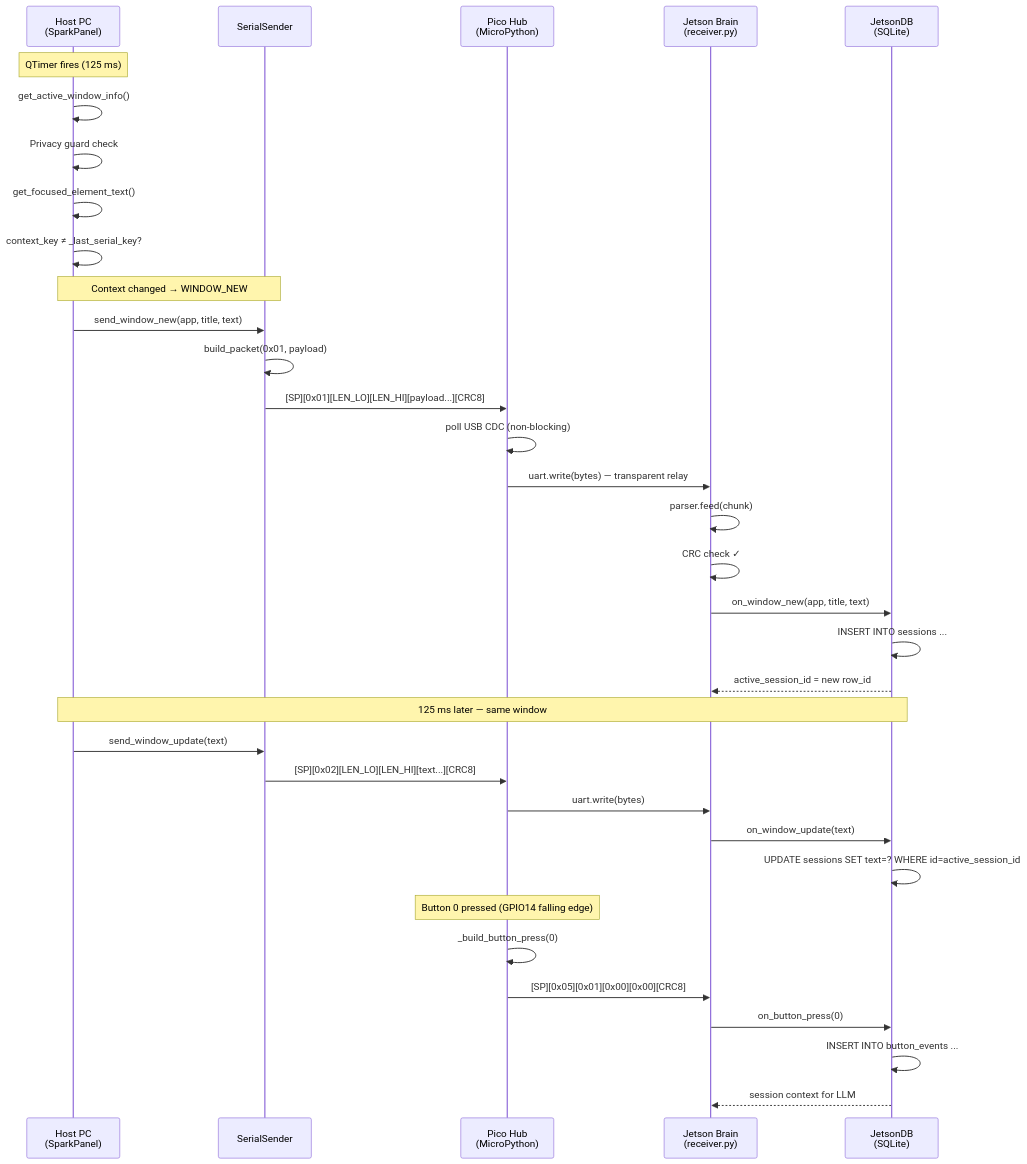
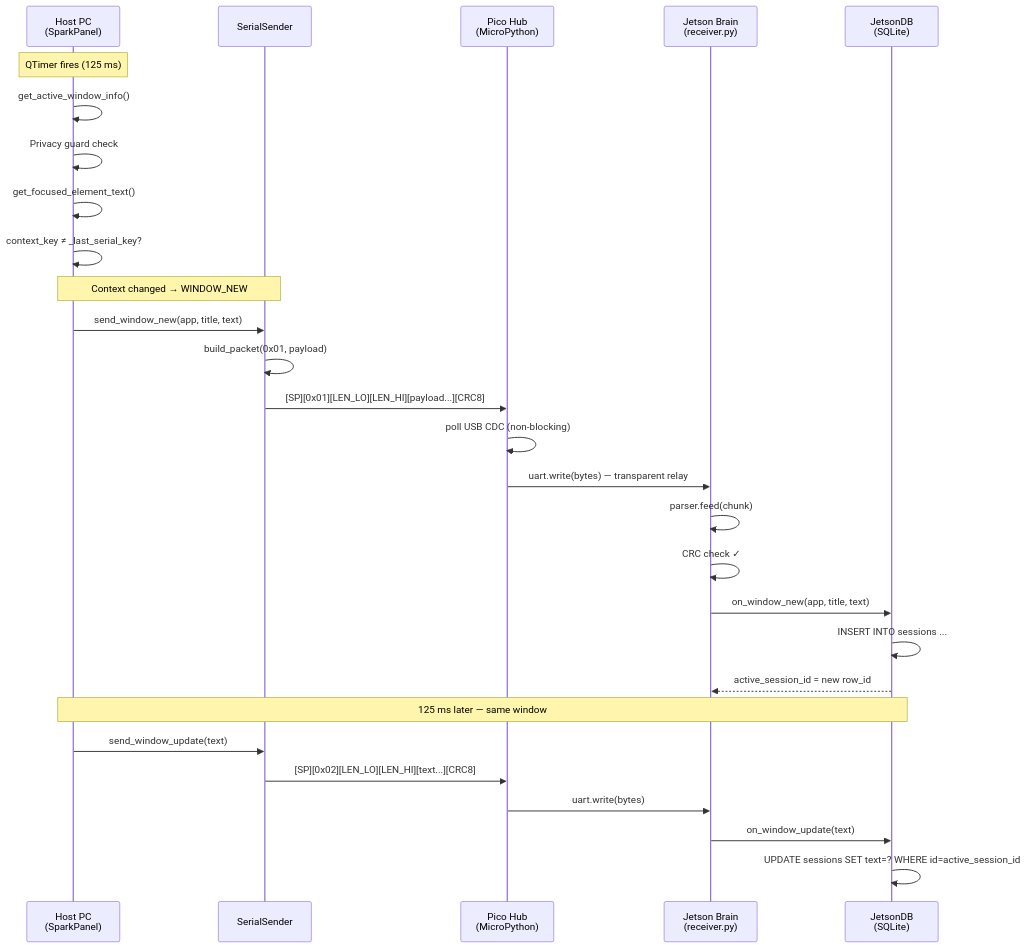
The second of 3 diagrams in ENGINEERING_SPEC.md (Tatyana-AC/SPARK), drawn with Mermaid before and after one commit. The commit also changed other lines of this file and 4 other files, not shown here.

````diff
--- a/ENGINEERING_SPEC.md
+++ b/ENGINEERING_SPEC.md
@@ -329,42 +428,35 @@
 ```mermaid
 sequenceDiagram
     participant Host as Host PC<br/>(SparkPanel)
     participant Serial as SerialSender
     participant Pico as Pico Hub<br/>(MicroPython)
     participant Jetson as Jetson Brain<br/>(receiver.py)
     participant DB as JetsonDB<br/>(SQLite)
 
     Note over Host: QTimer fires (125 ms)
     Host->>Host: get_active_window_info()
     Host->>Host: Privacy guard check
     Host->>Host: get_focused_element_text()
     Host->>Host: context_key ≠ _last_serial_key?
 
     Note over Host,Serial: Context changed → WINDOW_NEW
     Host->>Serial: send_window_new(app, title, text)
     Serial->>Serial: build_packet(0x01, payload)
     Serial->>Pico: [SP][0x01][LEN_LO][LEN_HI][payload...][CRC8]
 
     Pico->>Pico: poll USB CDC (non-blocking)
     Pico->>Jetson: uart.write(bytes) — transparent relay
 
     Jetson->>Jetson: parser.feed(chunk)
     Jetson->>Jetson: CRC check ✓
     Jetson->>DB: on_window_new(app, title, text)
     DB->>DB: INSERT INTO sessions ...
     DB-->>Jetson: active_session_id = new row_id
 
     Note over Host,DB: 125 ms later — same window
     Host->>Serial: send_window_update(text)
     Serial->>Pico: [SP][0x02][LEN_LO][LEN_HI][text...][CRC8]
     Pico->>Jetson: uart.write(bytes)
     Jetson->>DB: on_window_update(text)
     DB->>DB: UPDATE sessions SET text=? WHERE id=active_session_id
-
-    Note over Pico: Button 0 pressed (GPIO14 falling edge)
-    Pico->>Pico: _build_button_press(0)
-    Pico->>Jetson: [SP][0x05][0x01][0x00][0x00][CRC8]
-    Jetson->>DB: on_button_press(0)
-    DB->>DB: INSERT INTO button_events ...
-    DB-->>Jetson: session context for LLM
 ```
````
